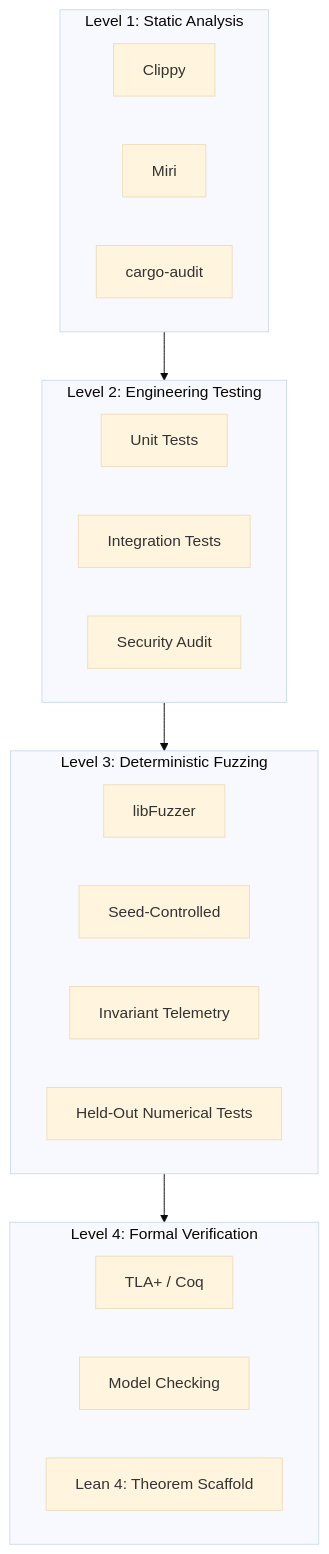
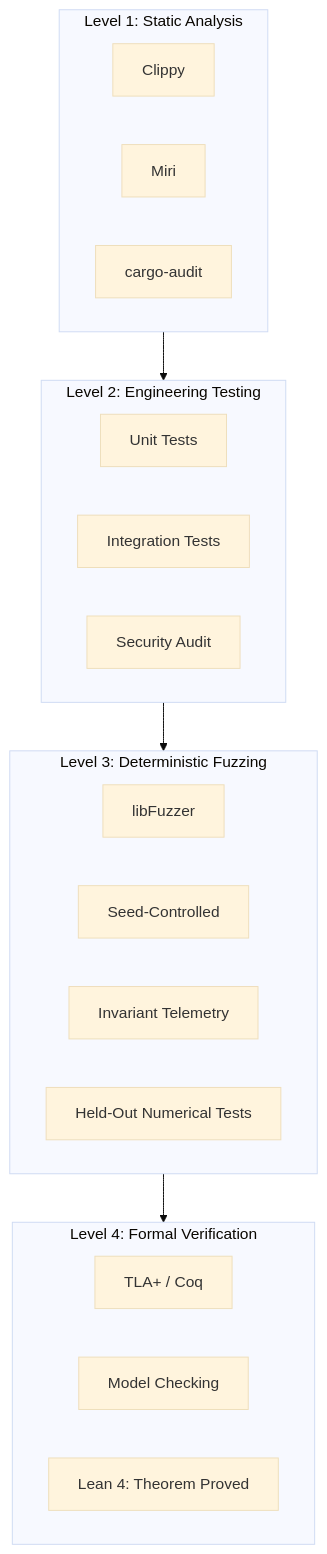
Before and after one commit to RFT-SIRM/UltraCore-RFT: the diagram in SCIENTIFIC_BASIS.md, drawn with Mermaid (base theme). The commit also changed other lines of this file and 5 other files, not shown here.

Commit message:
Record the Lean 4 proof of Evgeny's Theorem (all m >= 1) across README, AI_GUIDE, PITCH, ARCHITECT, SCIENTIFIC_BASIS, foundations

````diff
--- a/SCIENTIFIC_BASIS.md
+++ b/SCIENTIFIC_BASIS.md
@@ -127,25 +127,25 @@
 ```mermaid
 flowchart TB
     subgraph L4["Level 4: Formal Verification"]
         TLA["TLA+ / Coq"]
         MC["Model Checking"]
-        LEAN["Lean 4: Theorem Scaffold"]
+        LEAN["Lean 4: Theorem Proved"]
     end
     subgraph L3["Level 3: Deterministic Fuzzing"]
         FUZZ["libFuzzer"]
         SEED["Seed-Controlled"]
         INV["Invariant Telemetry"]
         HELD["Held-Out Numerical Tests"]
     end
     subgraph L2["Level 2: Engineering Testing"]
         UNIT["Unit Tests"]
         INT["Integration Tests"]
         AUDIT["Security Audit"]
     end
     subgraph L1["Level 1: Static Analysis"]
         CLIP["Clippy"]
         MIRI["Miri"]
         AUD["cargo-audit"]
     end
     L1 --> L2 --> L3 --> L4
 ```
````
